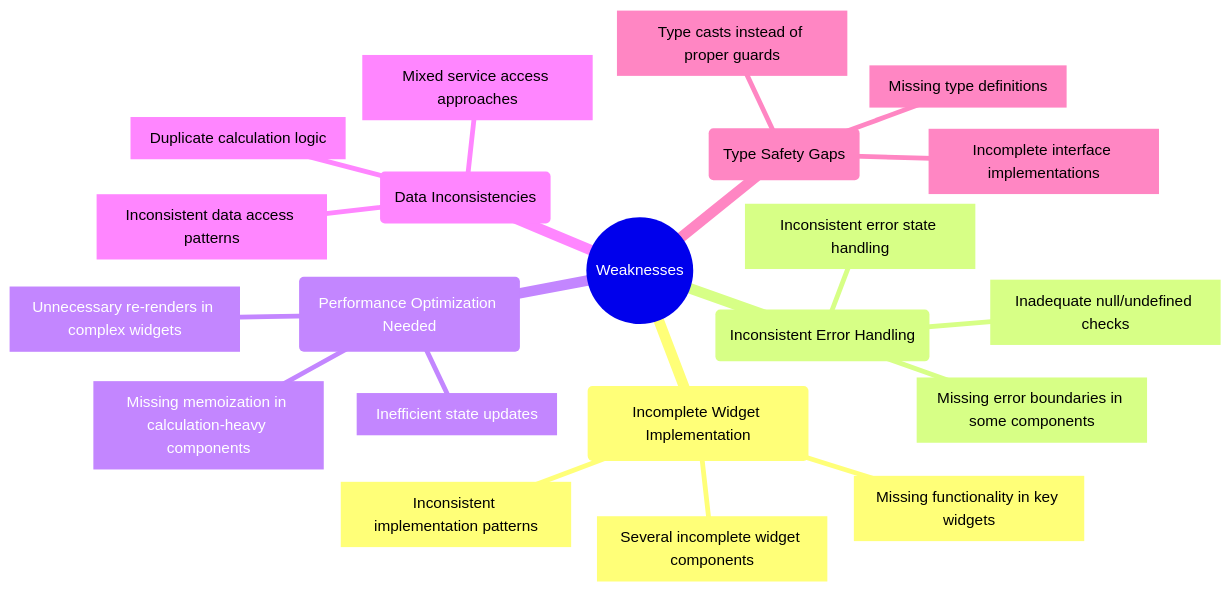
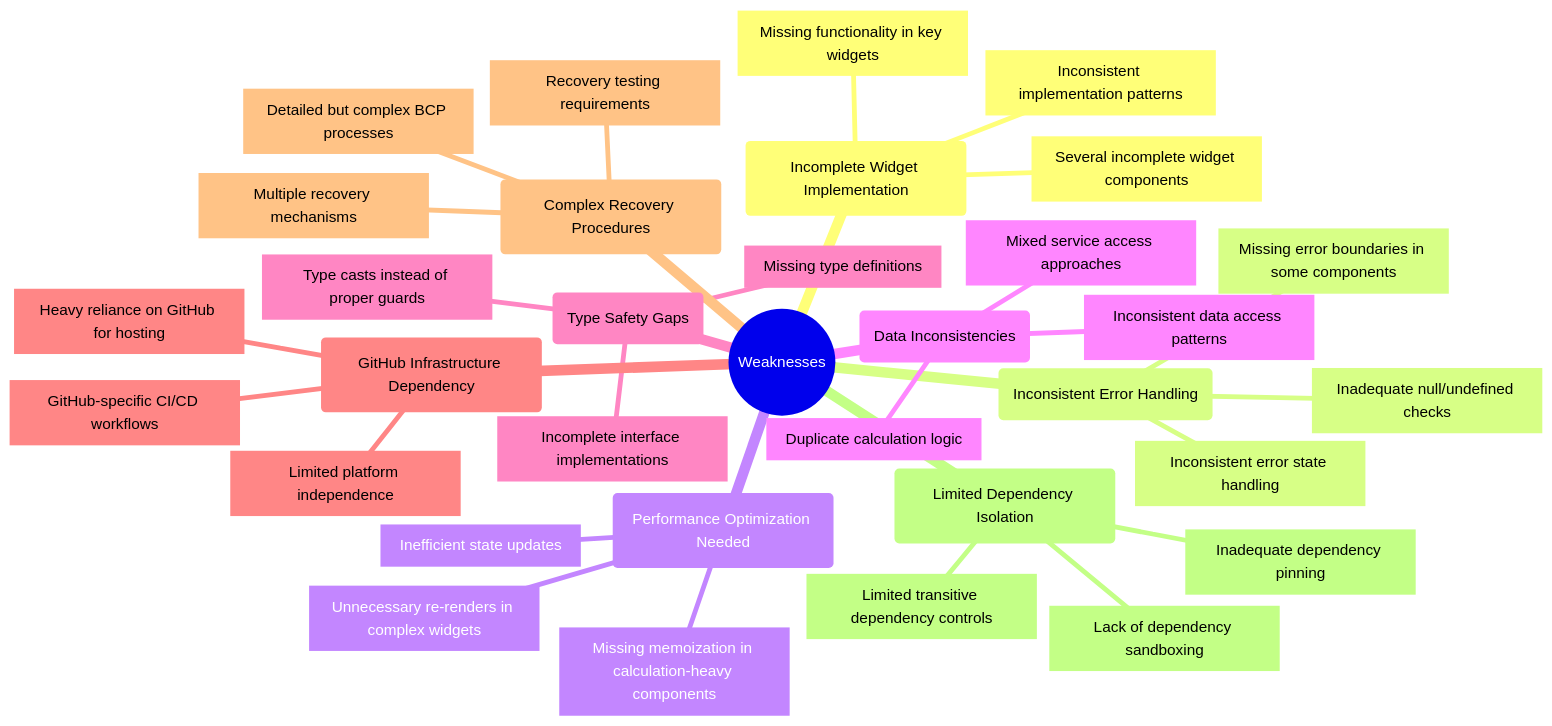
Before and after one commit to Hack23/cia-compliance-manager: the fourth of 7 diagrams in docs/architecture/SWOT.md, drawn with Mermaid. The commit also changed other lines of this file, not shown here.

````diff
--- a/docs/architecture/SWOT.md
+++ b/docs/architecture/SWOT.md
@@ -183,24 +237,36 @@
 ```mermaid
 mindmap
   root((Weaknesses))
     id1(Incomplete Widget Implementation)
       id1.1[Several incomplete widget components]
       id1.2[Missing functionality in key widgets]
       id1.3[Inconsistent implementation patterns]
     id2(Inconsistent Error Handling)
       id2.1[Missing error boundaries in some components]
       id2.2[Inconsistent error state handling]
       id2.3[Inadequate null/undefined checks]
     id3(Performance Optimization Needed)
       id3.1[Missing memoization in calculation-heavy components]
       id3.2[Unnecessary re-renders in complex widgets]
       id3.3[Inefficient state updates]
     id4(Data Inconsistencies)
       id4.1[Inconsistent data access patterns]
       id4.2[Duplicate calculation logic]
       id4.3[Mixed service access approaches]
     id5(Type Safety Gaps)
       id5.1[Type casts instead of proper guards]
       id5.2[Incomplete interface implementations]
       id5.3[Missing type definitions]
+    id6(GitHub Infrastructure Dependency)
+      id6.1[Heavy reliance on GitHub for hosting]
+      id6.2[GitHub-specific CI/CD workflows]
+      id6.3[Limited platform independence]
+    id7(Complex Recovery Procedures)
+      id7.1[Detailed but complex BCP processes]
+      id7.2[Multiple recovery mechanisms]
+      id7.3[Recovery testing requirements]
+    id8(Limited Dependency Isolation)
+      id8.1[Inadequate dependency pinning]
+      id8.2[Lack of dependency sandboxing]
+      id8.3[Limited transitive dependency controls]
 ```
````
